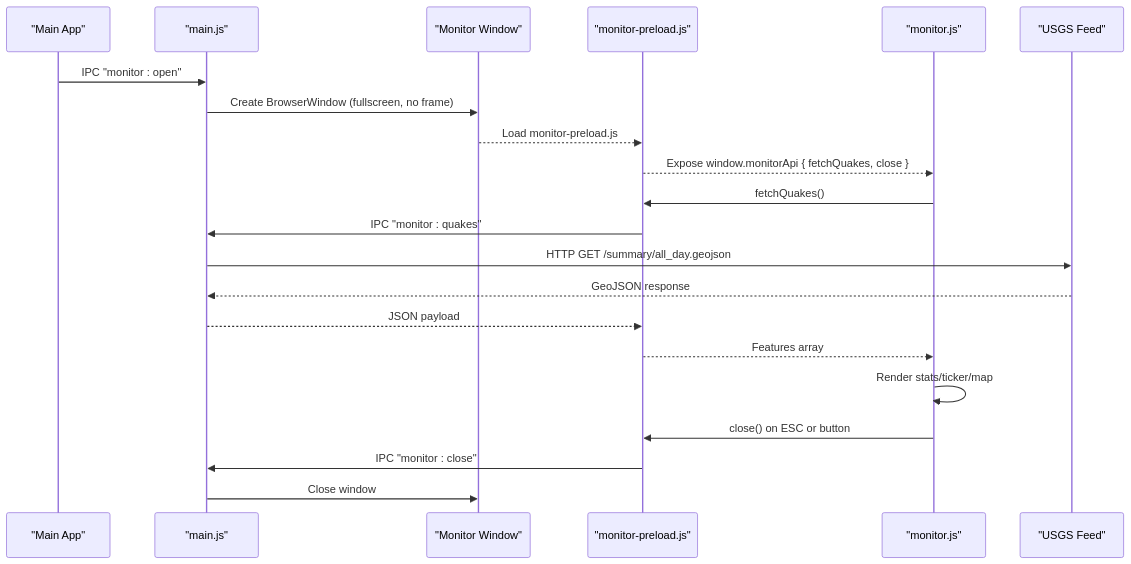
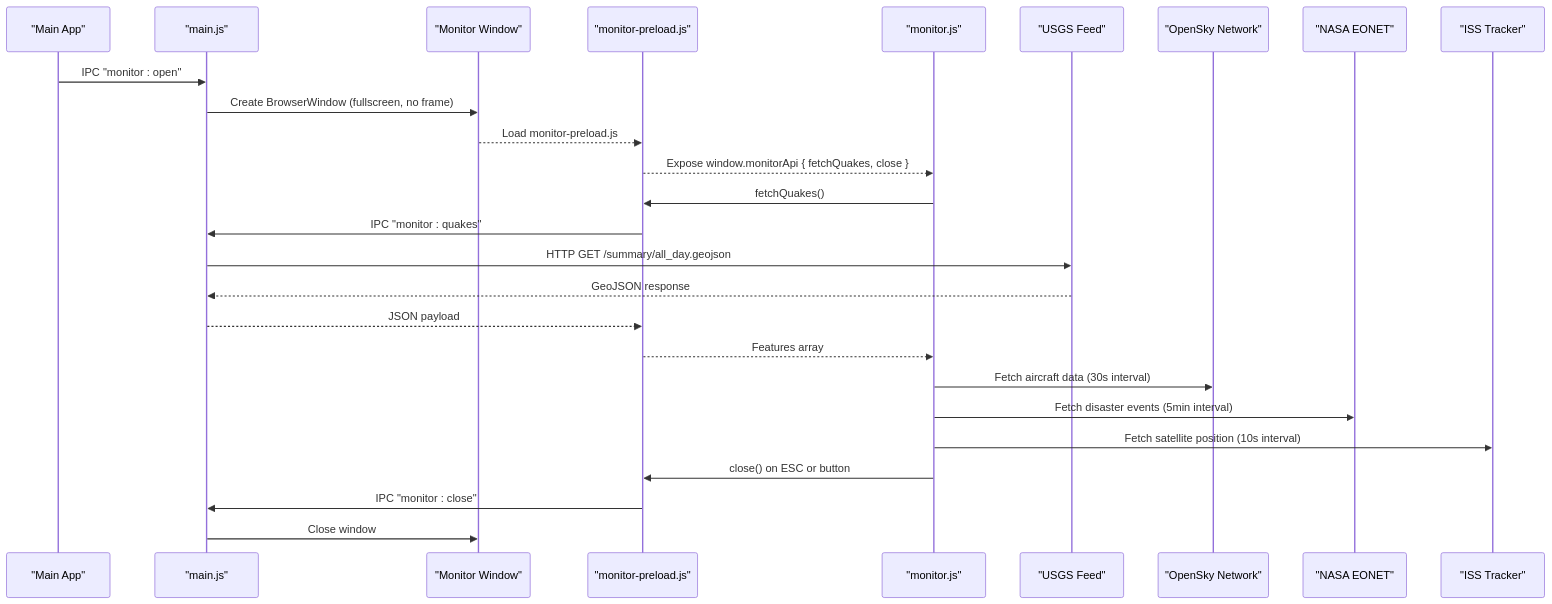
One commit to Annguyen0410/Personal-Messenger-Like-Storage- changed the second of 7 diagrams in .qoder/repowiki/en/content/Core Features/World Monitor.md. Above: the diagram before and after it, drawn with Mermaid. The commit also changed other lines of this file and 25 other files, not shown here.

````diff
--- a/.qoder/repowiki/en/content/Core Features/World Monitor.md
+++ b/.qoder/repowiki/en/content/Core Features/World Monitor.md
@@ -103,23 +165,28 @@
 ```mermaid
 sequenceDiagram
 participant App as "Main App"
 participant Main as "main.js"
 participant MonWin as "Monitor Window"
 participant MP as "monitor-preload.js"
 participant MJ as "monitor.js"
 participant USGS as "USGS Feed"
+participant OSN as "OpenSky Network"
+participant Nasa as "NASA EONET"
+participant ISS as "ISS Tracker"
 App->>Main : IPC "monitor : open"
 Main->>MonWin : Create BrowserWindow (fullscreen, no frame)
 MonWin-->>MP : Load monitor-preload.js
 MP-->>MJ : Expose window.monitorApi { fetchQuakes, close }
 MJ->>MP : fetchQuakes()
 MP->>Main : IPC "monitor : quakes"
 Main->>USGS : HTTP GET /summary/all_day.geojson
 USGS-->>Main : GeoJSON response
 Main-->>MP : JSON payload
 MP-->>MJ : Features array
-MJ->>MJ : Render stats/ticker/map
+MJ->>OSN : Fetch aircraft data (30s interval)
+MJ->>Nasa : Fetch disaster events (5min interval)
+MJ->>ISS : Fetch satellite position (10s interval)
 MJ->>MP : close() on ESC or button
 MP->>Main : IPC "monitor : close"
 Main->>MonWin : Close window
 ```
````
